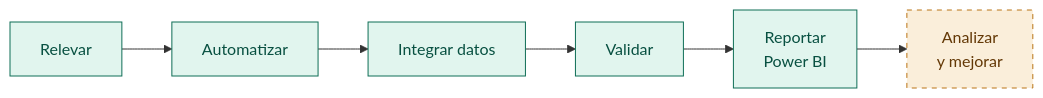
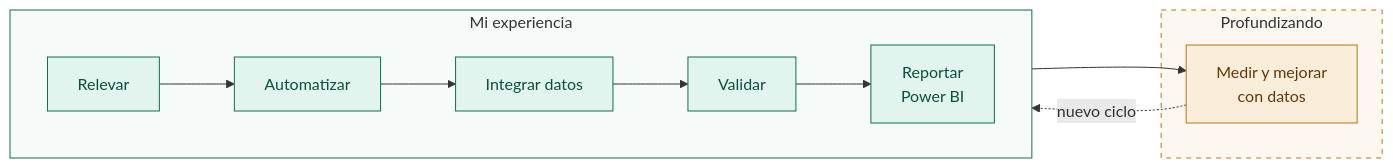
Before and after one commit to Ladydlozada/Ladydlozada: the diagram in README.md, drawn with Mermaid. The commit also changed other lines of this file, not shown here.

````diff
--- a/README.md
+++ b/README.md
@@ -7,8 +7,18 @@
 ```mermaid
 flowchart LR
-    A[Relevar] --> B[Automatizar] --> C[Integrar datos] --> D[Validar] --> E[Reportar<br/>Power BI] --> F[Analizar<br/>y mejorar]
+    subgraph exp [Mi experiencia]
+        direction LR
+        A[Relevar] --> B[Automatizar] --> C[Integrar datos] --> D[Validar] --> E[Reportar<br/>Power BI]
+    end
+    subgraph prof [Profundizando]
+        F[Medir y mejorar<br/>con datos]
+    end
+    E --> F
+    F -.->|nuevo ciclo| A
     classDef experiencia fill:#E1F5EE,stroke:#0F6E56,color:#085041
-    classDef aprendiendo fill:#FAEEDA,stroke:#BA7517,color:#633806,stroke-dasharray: 5 5
+    classDef aprendiendo fill:#FAEEDA,stroke:#BA7517,color:#633806
     class A,B,C,D,E experiencia
     class F aprendiendo
+    style exp fill:#F6FBF9,stroke:#0F6E56
+    style prof fill:#FDF8EF,stroke:#BA7517,stroke-dasharray: 5 5
 ```
````
